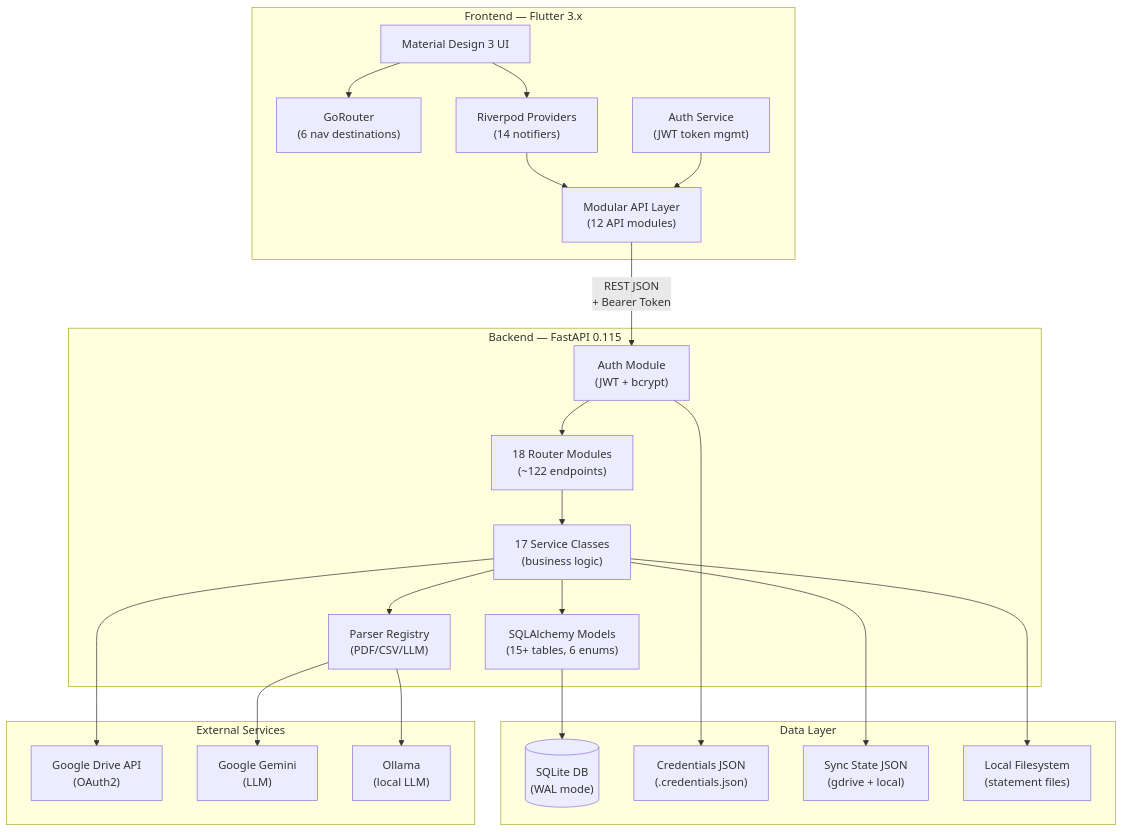
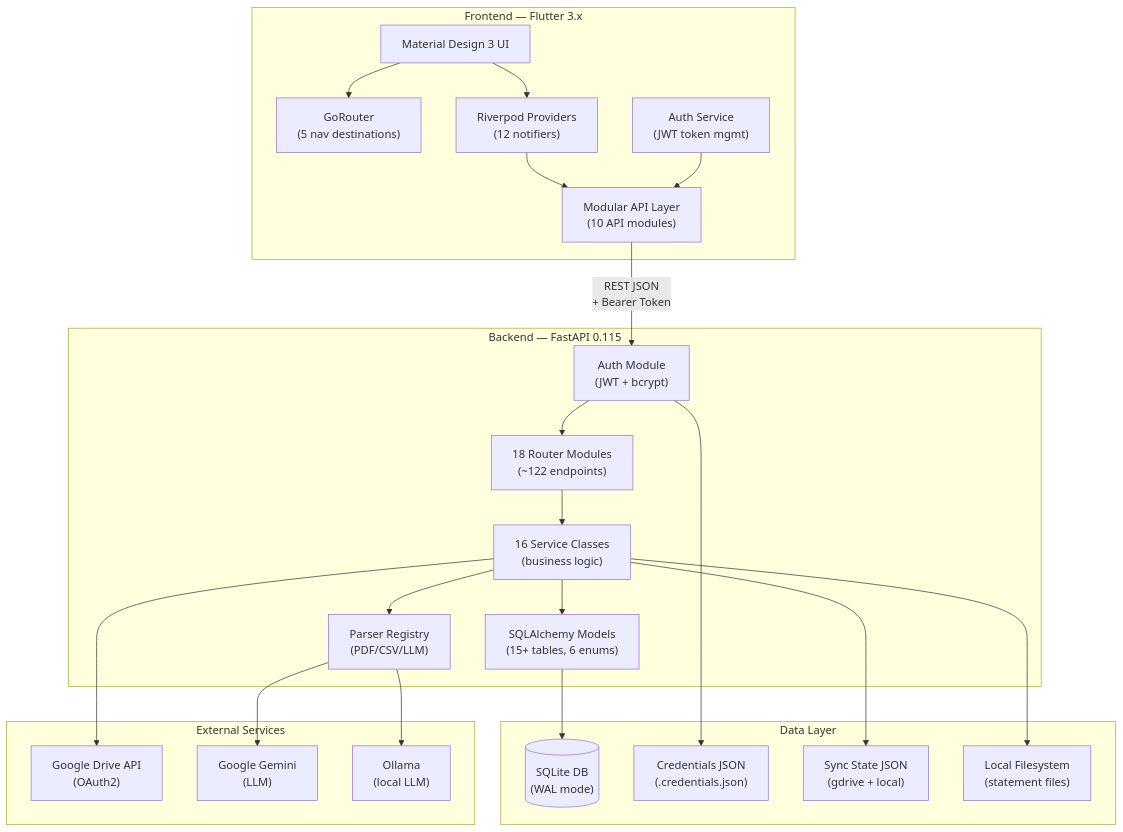
One commit to ghiridhars/finance-tracker-personal changed the first of 11 diagrams in docs/ARCHITECTURE.md. Above: the diagram before and after it, drawn with Mermaid. The commit also changed other lines of this file and 21 other files, not shown here.

````diff
--- a/docs/ARCHITECTURE.md
+++ b/docs/ARCHITECTURE.md
@@ -9,50 +9,50 @@
 ```mermaid
 graph TB
     subgraph Client["Frontend — Flutter 3.x"]
         UI["Material Design 3 UI"]
-        Router["GoRouter<br/>(6 nav destinations)"]
-        Providers["Riverpod Providers<br/>(14 notifiers)"]
+        Router["GoRouter<br/>(5 nav destinations)"]
+        Providers["Riverpod Providers<br/>(12 notifiers)"]
         AuthSvc["Auth Service<br/>(JWT token mgmt)"]
-        ApiSvc["Modular API Layer<br/>(12 API modules)"]
+        ApiSvc["Modular API Layer<br/>(10 API modules)"]
 
         UI --> Router
         UI --> Providers
         Providers --> ApiSvc
         AuthSvc --> ApiSvc
     end
 
     subgraph Server["Backend — FastAPI 0.115"]
         Auth["Auth Module<br/>(JWT + bcrypt)"]
         Routers["18 Router Modules<br/>(~122 endpoints)"]
-        Services["17 Service Classes<br/>(business logic)"]
+        Services["16 Service Classes<br/>(business logic)"]
         Parsers["Parser Registry<br/>(PDF/CSV/LLM)"]
         Models["SQLAlchemy Models<br/>(15+ tables, 6 enums)"]
 
         Auth --> Routers
         Routers --> Services
         Services --> Models
         Services --> Parsers
     end
 
     subgraph Storage["Data Layer"]
         SQLite[("SQLite DB<br/>(WAL mode)")]
         CredFile["Credentials JSON<br/>(.credentials.json)"]
         SyncState["Sync State JSON<br/>(gdrive + local)"]
         LocalFS["Local Filesystem<br/>(statement files)"]
     end
 
     subgraph External["External Services"]
         GDrive["Google Drive API<br/>(OAuth2)"]
         Gemini["Google Gemini<br/>(LLM)"]
         Ollama["Ollama<br/>(local LLM)"]
     end
 
     ApiSvc -- "REST JSON<br/>+ Bearer Token" --> Auth
     Models --> SQLite
     Auth --> CredFile
     Services --> SyncState
     Services --> GDrive
     Services --> LocalFS
     Parsers --> Gemini
     Parsers --> Ollama
 ```
````
